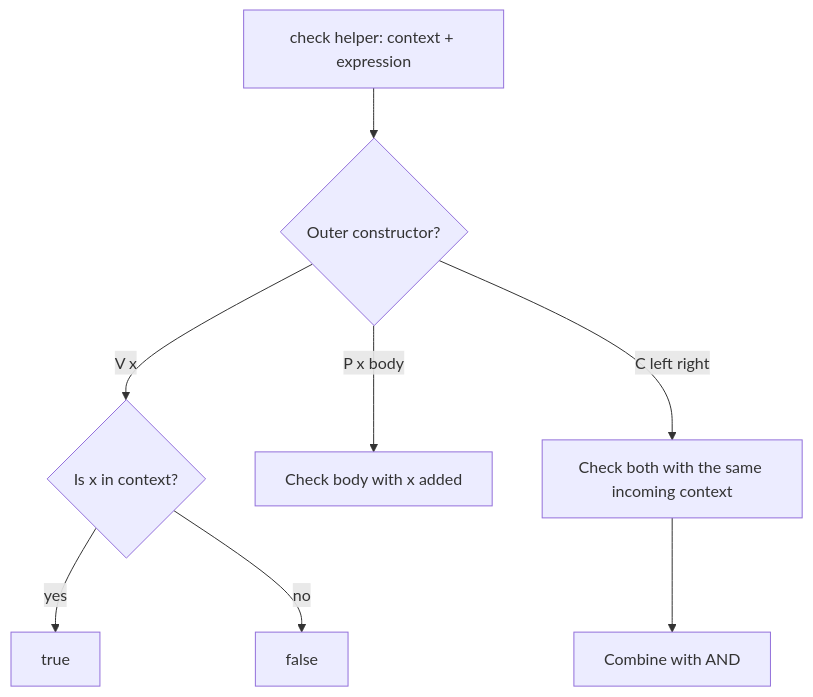
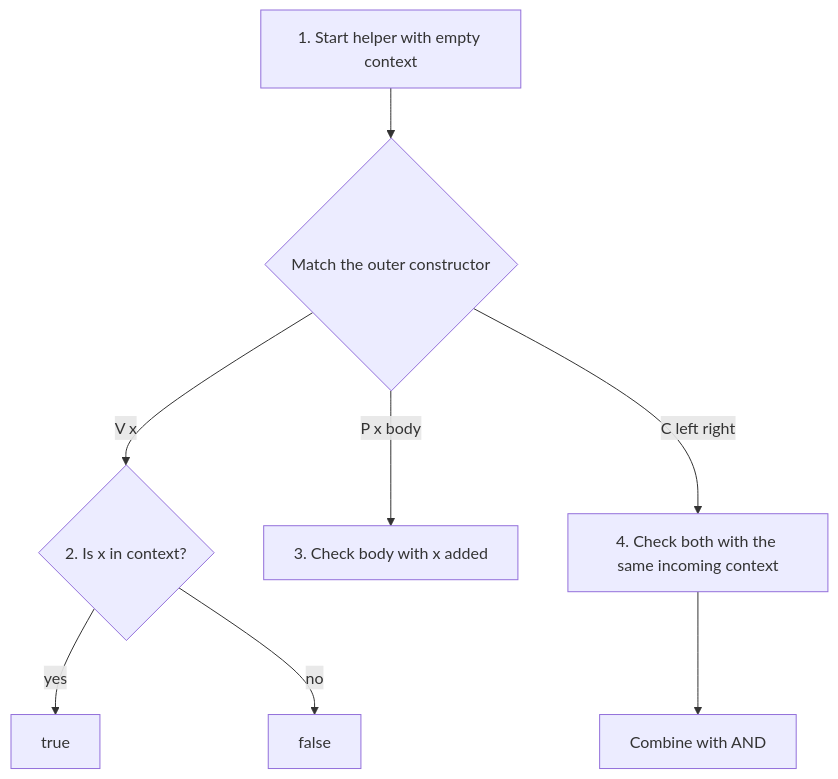
The second of 2 diagrams in book/hw1.md (S0lluxx26/Programming_language_book_analyze), drawn with Mermaid before and after one commit. The commit also changed other lines of this file and 60 other files, not shown here.

````diff
--- a/book/hw1.md
+++ b/book/hw1.md
@@ -122,12 +126,12 @@
 ```mermaid
 flowchart TD
   accTitle: Checking free variables by lexical path
   accDescr: Variables consult the bound-name context; procedures extend it locally; applications check both children independently.
-  A["check helper: context + expression"] --> B{"Outer constructor?"}
-  B -->|"V x"| C{"Is x in context?"}
+  A["1. Start helper with empty context"] --> B{"Match the outer constructor"}
+  B -->|"V x"| C{"2. Is x in context?"}
   C -->|"yes"| T["true"]
   C -->|"no"| F["false"]
-  B -->|"P x body"| D["Check body with x added"]
-  B -->|"C left right"| E["Check both with the same incoming context"]
+  B -->|"P x body"| D["3. Check body with x added"]
+  B -->|"C left right"| E["4. Check both with the same incoming context"]
   E --> G["Combine with AND"]
 ```
````
